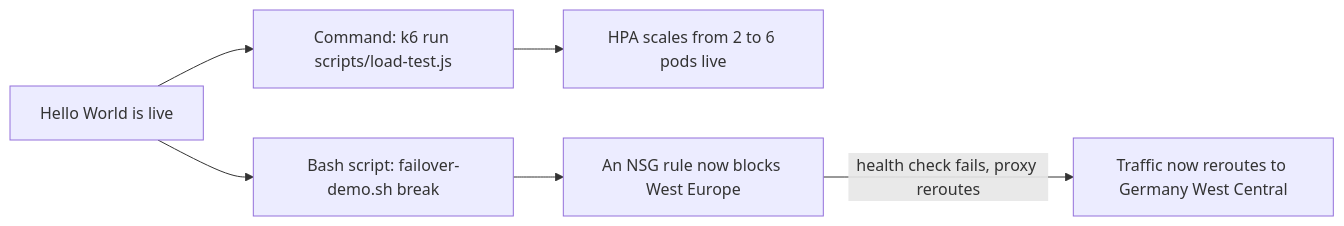
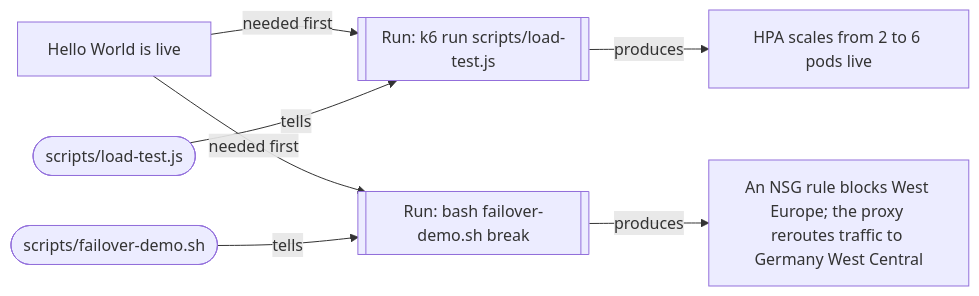
The fifth of 5 diagrams in README.md (Dennis4507/cloud-native-ha-platform), drawn with Mermaid before and after one commit. The commit also changed other lines of this file, not shown here.

````diff
--- a/README.md
+++ b/README.md
@@ -104,8 +106,10 @@
 ```mermaid
 flowchart LR
-    IN4["Hello World is live"] --> CMD6a["Command: k6 run scripts/load-test.js"]
-    CMD6a --> OUT6a["HPA scales from 2 to 6 pods live"]
-    IN4 --> CMD6b["Bash script: failover-demo.sh break"]
-    CMD6b --> OUT6b["An NSG rule now blocks West Europe"]
-    OUT6b -->|health check fails, proxy reroutes| OUT7["Traffic now reroutes to Germany West Central"]
+    IN4["Hello World is live"] -->|needed first| CMD6A[["Run: k6 run scripts/load-test.js"]]
+    F6A(["scripts/load-test.js"]) -->|tells| CMD6A
+    CMD6A -->|produces| OUT6A["HPA scales from 2 to 6 pods live"]
+
+    IN4 -->|needed first| CMD6B[["Run: bash failover-demo.sh break"]]
+    F6B(["scripts/failover-demo.sh"]) -->|tells| CMD6B
+    CMD6B -->|produces| OUT6B["An NSG rule blocks West Europe; the proxy reroutes traffic to Germany West Central"]
 ```
````
